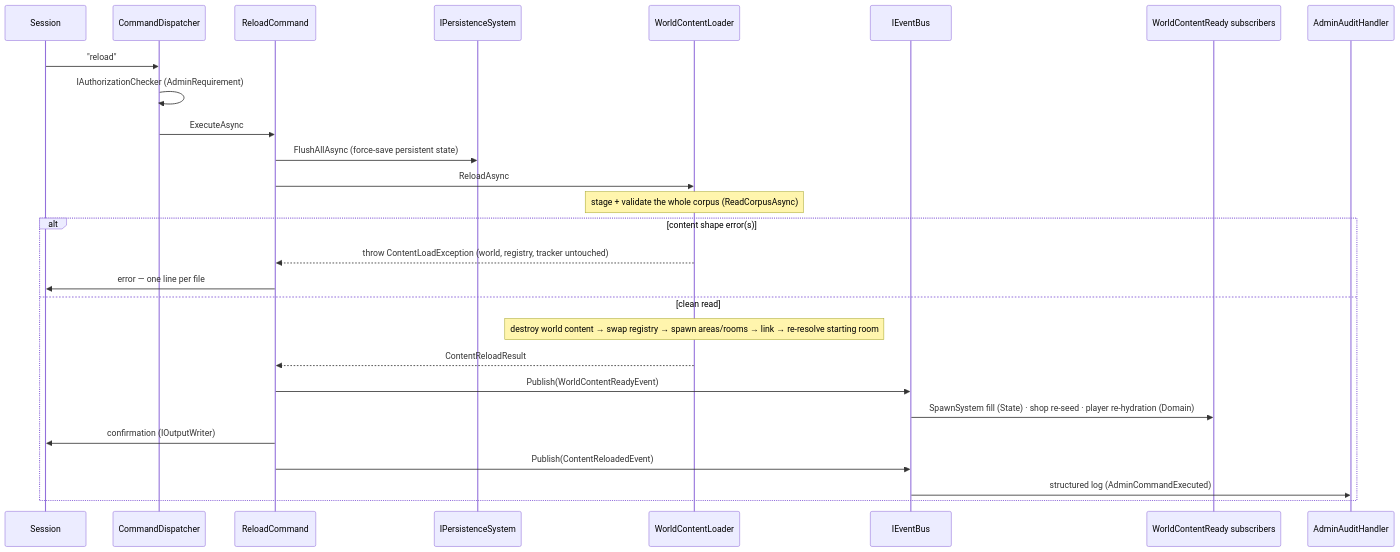
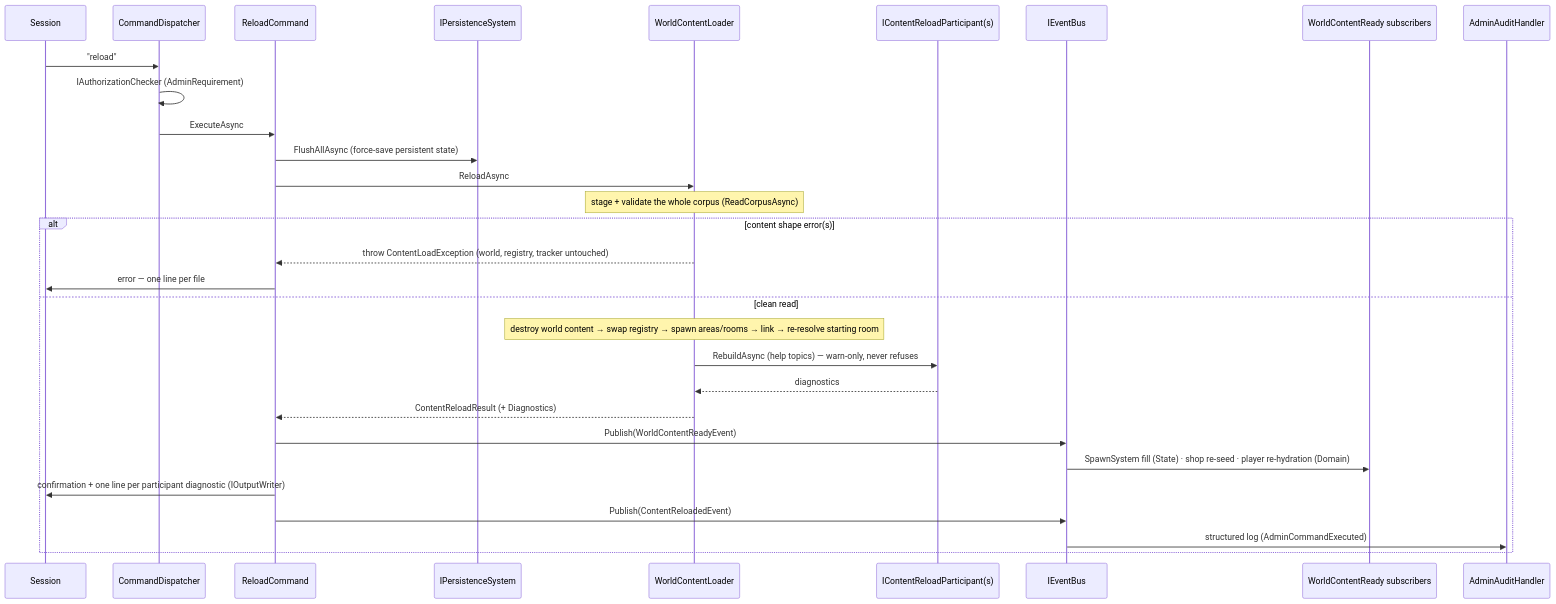
One commit to dmbyer/Hedron changed the diagram in docs/architecture/flows/flow-05-content-reload.md. Above: the diagram before and after it, drawn with Mermaid. The commit also changed other lines of this file and 106 other files, not shown here.

First line of the commit message:
Phase 5 slice 4: help topics (engine + world layers, shared YAML store, reload participants) (#166)

````diff
--- a/docs/architecture/flows/flow-05-content-reload.md
+++ b/docs/architecture/flows/flow-05-content-reload.md
@@ -9,30 +9,33 @@
 ```mermaid
 sequenceDiagram
     participant Sess as Session
     participant CD as CommandDispatcher
     participant RC as ReloadCommand
     participant Pers as IPersistenceSystem
     participant WCL as WorldContentLoader
+    participant Parts as IContentReloadParticipant(s)
     participant Bus as IEventBus
     participant Subs as WorldContentReady subscribers
     participant Audit as AdminAuditHandler
 
     Sess->>CD: "reload"
     CD->>CD: IAuthorizationChecker (AdminRequirement)
     CD->>RC: ExecuteAsync
     RC->>Pers: FlushAllAsync (force-save persistent state)
     RC->>WCL: ReloadAsync
     Note over WCL: stage + validate the whole corpus (ReadCorpusAsync)
     alt content shape error(s)
         WCL-->>RC: throw ContentLoadException (world, registry, tracker untouched)
         RC->>Sess: error — one line per file
     else clean read
         Note over WCL: destroy world content → swap registry → spawn areas/rooms → link → re-resolve starting room
-        WCL-->>RC: ContentReloadResult
+        WCL->>Parts: RebuildAsync (help topics) — warn-only, never refuses
+        Parts-->>WCL: diagnostics
+        WCL-->>RC: ContentReloadResult (+ Diagnostics)
         RC->>Bus: Publish(WorldContentReadyEvent)
         Bus->>Subs: SpawnSystem fill (State) · shop re-seed · player re-hydration (Domain)
-        RC->>Sess: confirmation (IOutputWriter)
+        RC->>Sess: confirmation + one line per participant diagnostic (IOutputWriter)
         RC->>Bus: Publish(ContentReloadedEvent)
         Bus->>Audit: structured log (AdminCommandExecuted)
     end
 ```
````
